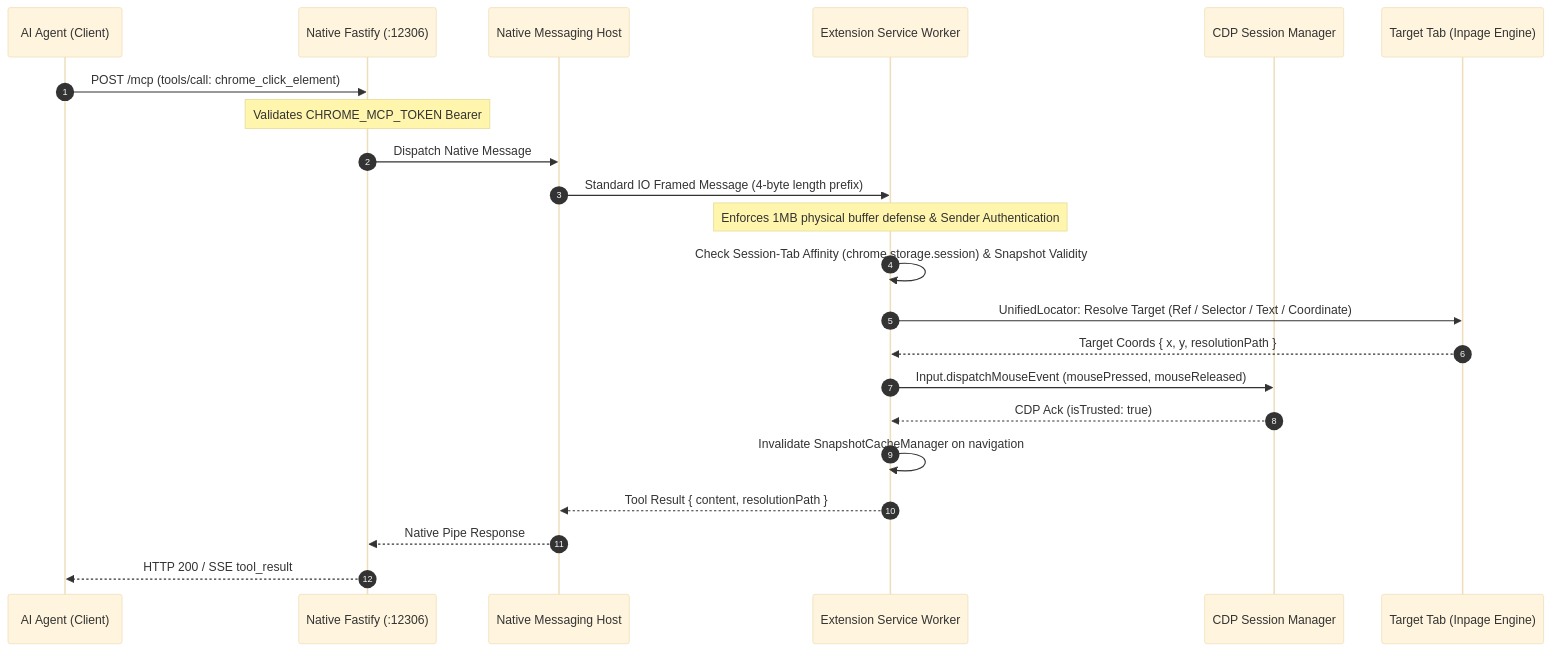
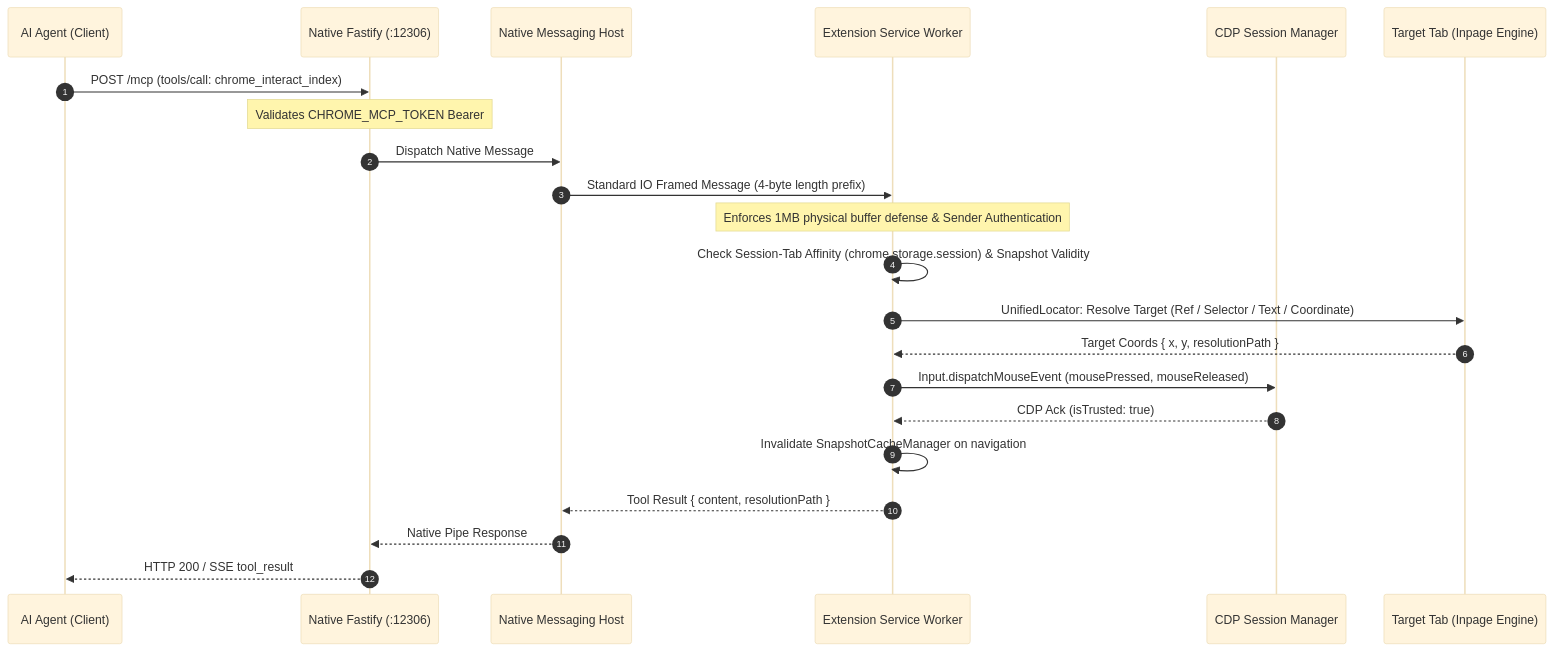
One commit to GoldenLoaf24h/browserclaw changed the third of 4 diagrams in docs/ARCHITECTURE.md. Above: the diagram before and after it, drawn with Mermaid (base theme). The commit also changed other lines of this file and 22 other files, not shown here.

Commit message:
fix(core): subframe probe isolation, pressEnter schema & docs parity

````diff
--- a/docs/ARCHITECTURE.md
+++ b/docs/ARCHITECTURE.md
@@ -101,25 +101,25 @@
 ```mermaid
 sequenceDiagram
     autonumber
     participant Agent as AI Agent (Client)
     participant Fastify as Native Fastify (:12306)
     participant Host as Native Messaging Host
     participant SW as Extension Service Worker
     participant CDP as CDP Session Manager
     participant InPage as Target Tab (Inpage Engine)
 
-    Agent->>Fastify: POST /mcp (tools/call: chrome_click_element)
+    Agent->>Fastify: POST /mcp (tools/call: chrome_interact_index)
     Note over Fastify: Validates CHROME_MCP_TOKEN Bearer
     Fastify->>Host: Dispatch Native Message
     Host->>SW: Standard IO Framed Message (4-byte length prefix)
     Note over SW: Enforces 1MB physical buffer defense & Sender Authentication
     SW->>SW: Check Session-Tab Affinity (chrome.storage.session) & Snapshot Validity
     SW->>InPage: UnifiedLocator: Resolve Target (Ref / Selector / Text / Coordinate)
     InPage-->>SW: Target Coords { x, y, resolutionPath }
     SW->>CDP: Input.dispatchMouseEvent (mousePressed, mouseReleased)
     CDP-->>SW: CDP Ack (isTrusted: true)
     SW->>SW: Invalidate SnapshotCacheManager on navigation
     SW-->>Host: Tool Result { content, resolutionPath }
     Host-->>Fastify: Native Pipe Response
     Fastify-->>Agent: HTTP 200 / SSE tool_result
 ```
````
